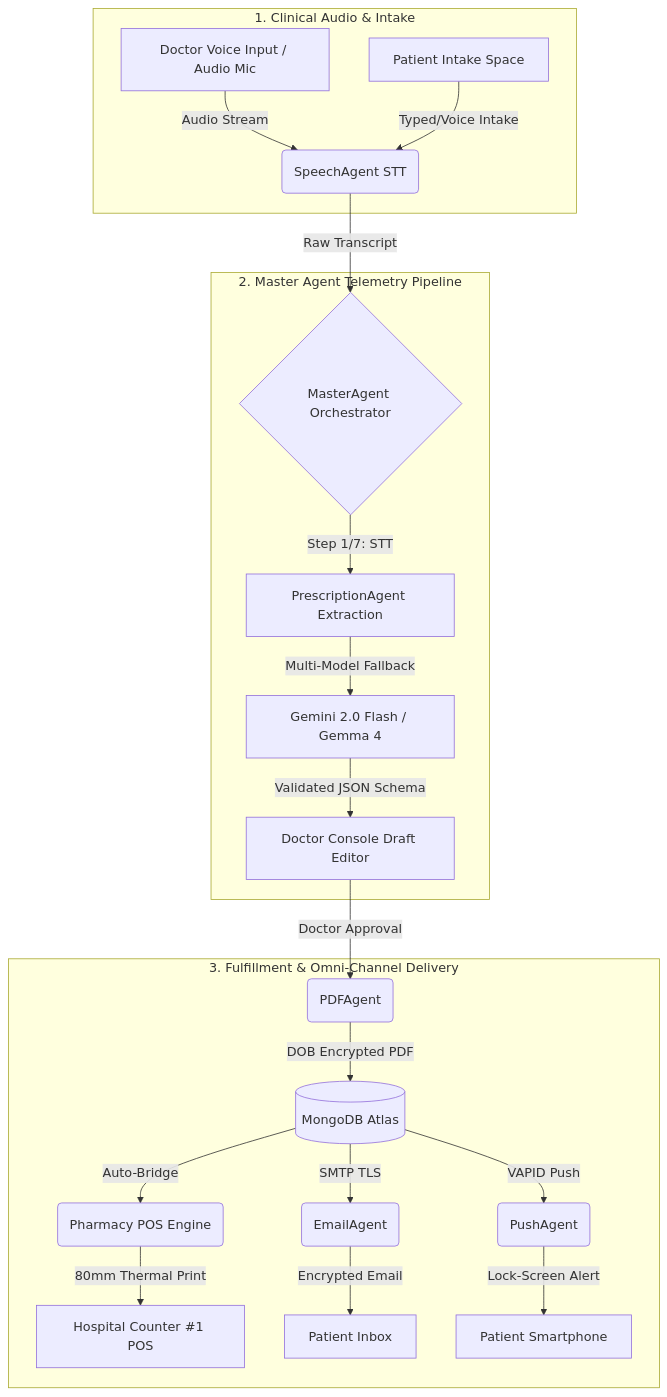
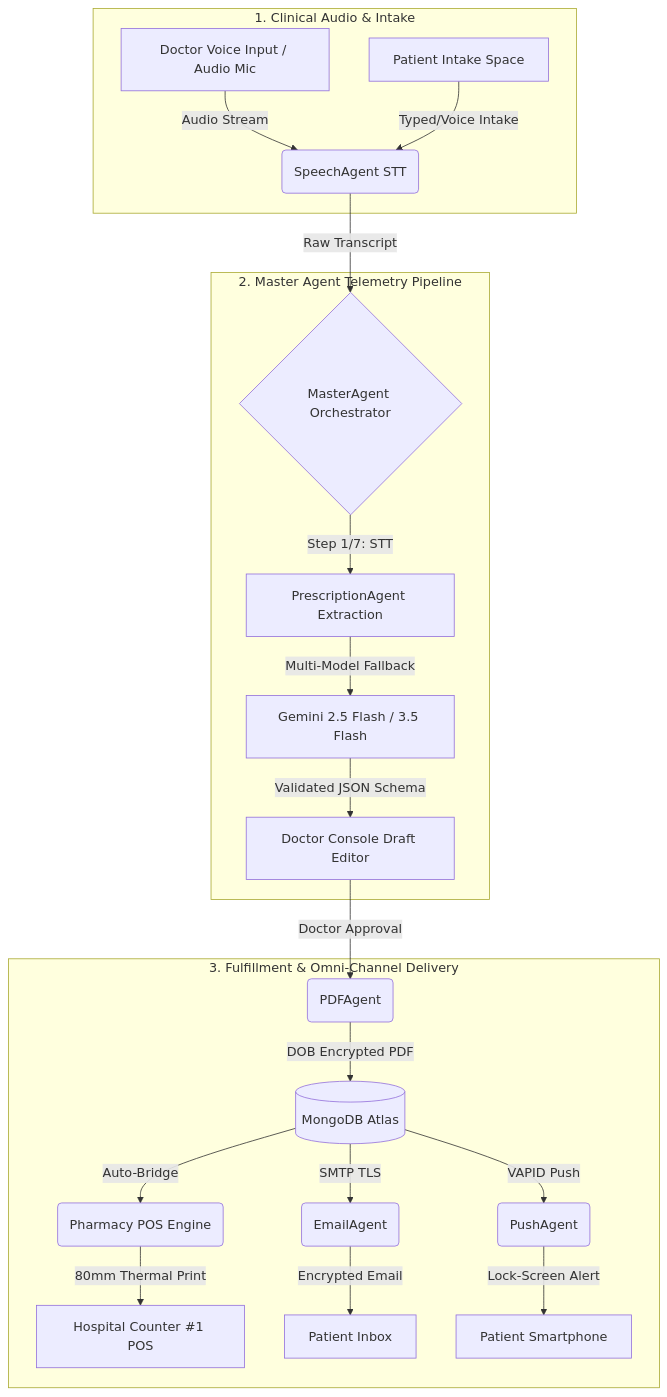
Before and after one commit to Saksham3736/scriptiq: the diagram in README.md, drawn with Mermaid. The commit also changed other lines of this file and 12 other files, not shown here.

Commit message:
feat(phase-62): optimize backend RAM usage, align Gemini API model quotas, and update UI model selectors

````diff
--- a/README.md
+++ b/README.md
@@ -40,25 +40,25 @@
 ```mermaid
 flowchart TD
     subgraph Input [1. Clinical Audio & Intake]
         A[Doctor Voice Input / Audio Mic] -->|Audio Stream| B(SpeechAgent STT)
         A2[Patient Intake Space] -->|Typed/Voice Intake| B
     end
 
     subgraph Orchestrator [2. Master Agent Telemetry Pipeline]
         B -->|Raw Transcript| C{MasterAgent Orchestrator}
         C -->|Step 1/7: STT| D[PrescriptionAgent Extraction]
-        D -->|Multi-Model Fallback| E[Gemini 2.0 Flash / Gemma 4]
+        D -->|Multi-Model Fallback| E[Gemini 2.5 Flash / 3.5 Flash]
         E -->|Validated JSON Schema| F[Doctor Console Draft Editor]
     end
 
     subgraph Output [3. Fulfillment & Omni-Channel Delivery]
         F -->|Doctor Approval| G(PDFAgent)
         G -->|DOB Encrypted PDF| H[(MongoDB Atlas)]
         H -->|Auto-Bridge| I(Pharmacy POS Engine)
         H -->|SMTP TLS| J(EmailAgent)
         H -->|VAPID Push| K(PushAgent)
         I -->|80mm Thermal Print| L[Hospital Counter #1 POS]
         J -->|Encrypted Email| M[Patient Inbox]
         K -->|Lock-Screen Alert| N[Patient Smartphone]
     end
 ```
````
